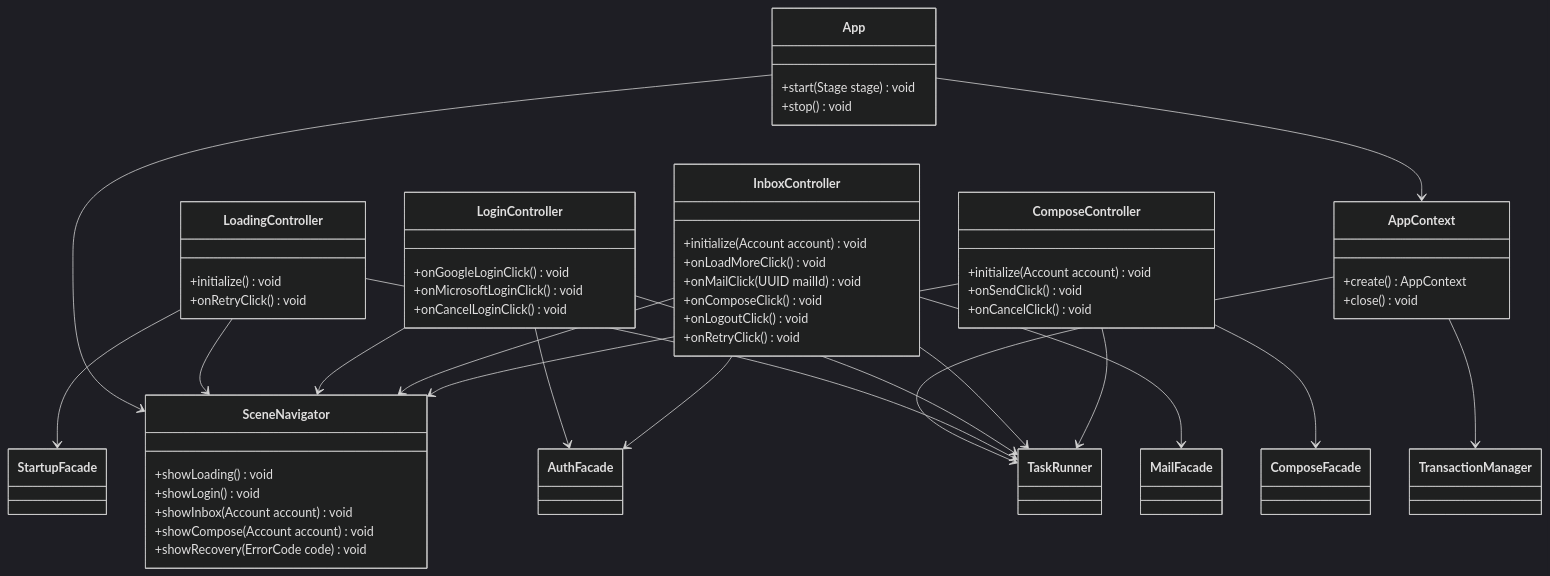
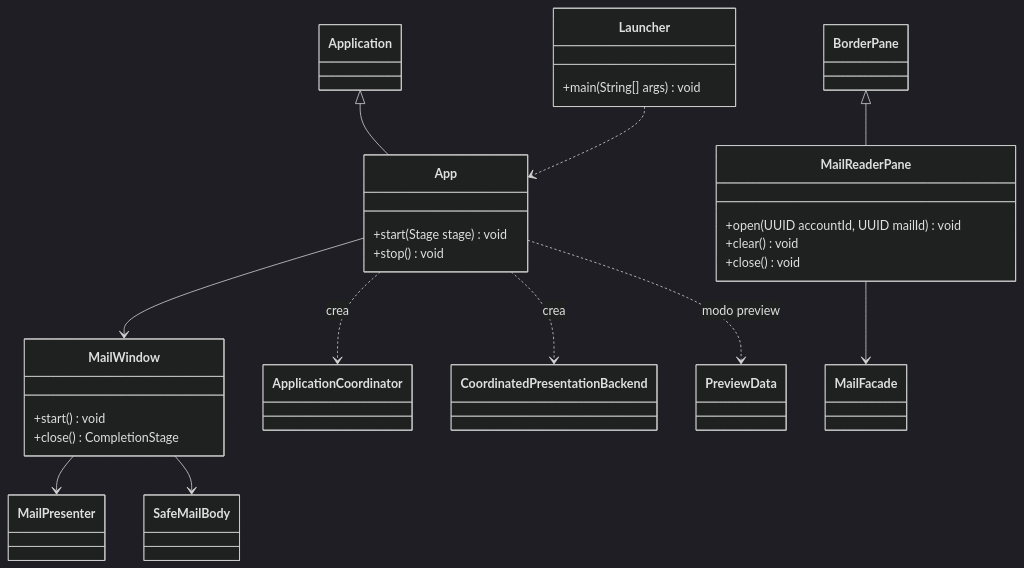
The diagram in docs/arquitectura/diagramas/uml-controllers.md (JuanPablo72000/evermail), drawn with Mermaid (dark theme) before and after one commit. The commit also changed other lines of this file and 25 other files, not shown here.

````diff
--- a/docs/arquitectura/diagramas/uml-controllers.md
+++ b/docs/arquitectura/diagramas/uml-controllers.md
@@ -5,57 +5,29 @@
 ```mermaid
 classDiagram
+    class Launcher {
+        +main(String[] args) void
+    }
     class App {
         +start(Stage stage) void
         +stop() void
     }
-    class AppContext {
-        +create() AppContext
+    class MailWindow {
+        +start() void
+        +close() CompletionStage
+    }
+    class MailReaderPane {
+        +open(UUID accountId, UUID mailId) void
+        +clear() void
         +close() void
     }
-    class SceneNavigator {
-        +showLoading() void
-        +showLogin() void
-        +showInbox(Account account) void
-        +showCompose(Account account) void
-        +showRecovery(ErrorCode code) void
-    }
-    class LoadingController {
-        +initialize() void
-        +onRetryClick() void
-    }
-    class LoginController {
-        +onGoogleLoginClick() void
-        +onMicrosoftLoginClick() void
-        +onCancelLoginClick() void
-    }
-    class InboxController {
-        +initialize(Account account) void
-        +onLoadMoreClick() void
-        +onMailClick(UUID mailId) void
-        +onComposeClick() void
-        +onLogoutClick() void
-        +onRetryClick() void
-    }
-    class ComposeController {
-        +initialize(Account account) void
-        +onSendClick() void
-        +onCancelClick() void
-    }
-    App --> AppContext
-    App --> SceneNavigator
-    AppContext --> TaskRunner
-    AppContext --> TransactionManager
-    LoadingController --> StartupFacade
-    LoginController --> AuthFacade
-    InboxController --> MailFacade
-    InboxController --> AuthFacade
-    ComposeController --> ComposeFacade
-    LoadingController --> SceneNavigator
-    LoadingController --> TaskRunner
-    LoginController --> SceneNavigator
-    LoginController --> TaskRunner
-    InboxController --> SceneNavigator
-    InboxController --> TaskRunner
-    ComposeController --> SceneNavigator
-    ComposeController --> TaskRunner
+    Application <|-- App
+    Launcher ..> App
+    App --> MailWindow
+    App ..> ApplicationCoordinator : crea
+    App ..> CoordinatedPresentationBackend : crea
+    App ..> PreviewData : modo preview
+    MailWindow --> MailPresenter
+    MailWindow --> SafeMailBody
+    MailReaderPane --> MailFacade
+    BorderPane <|-- MailReaderPane
 ```
````
